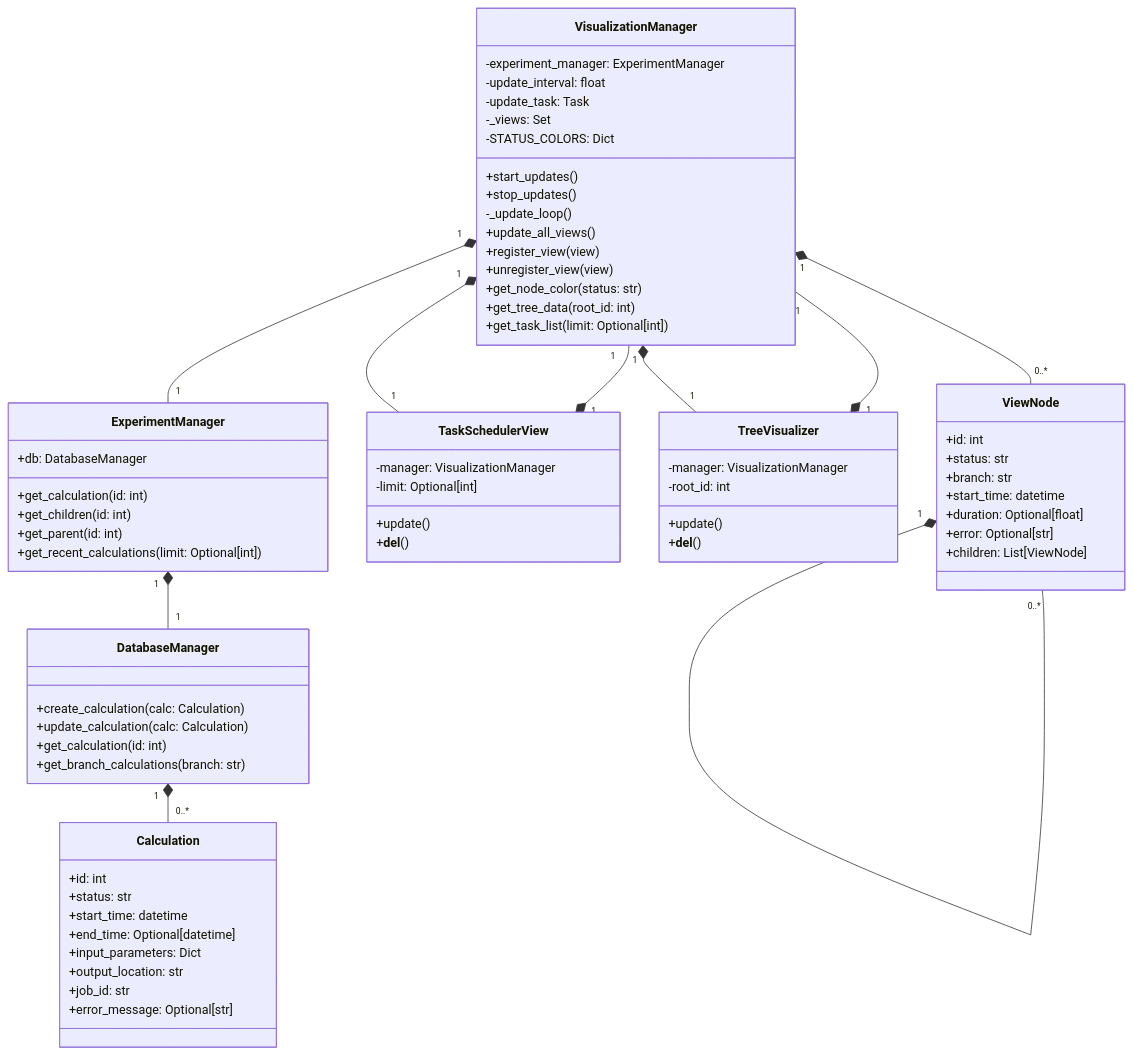
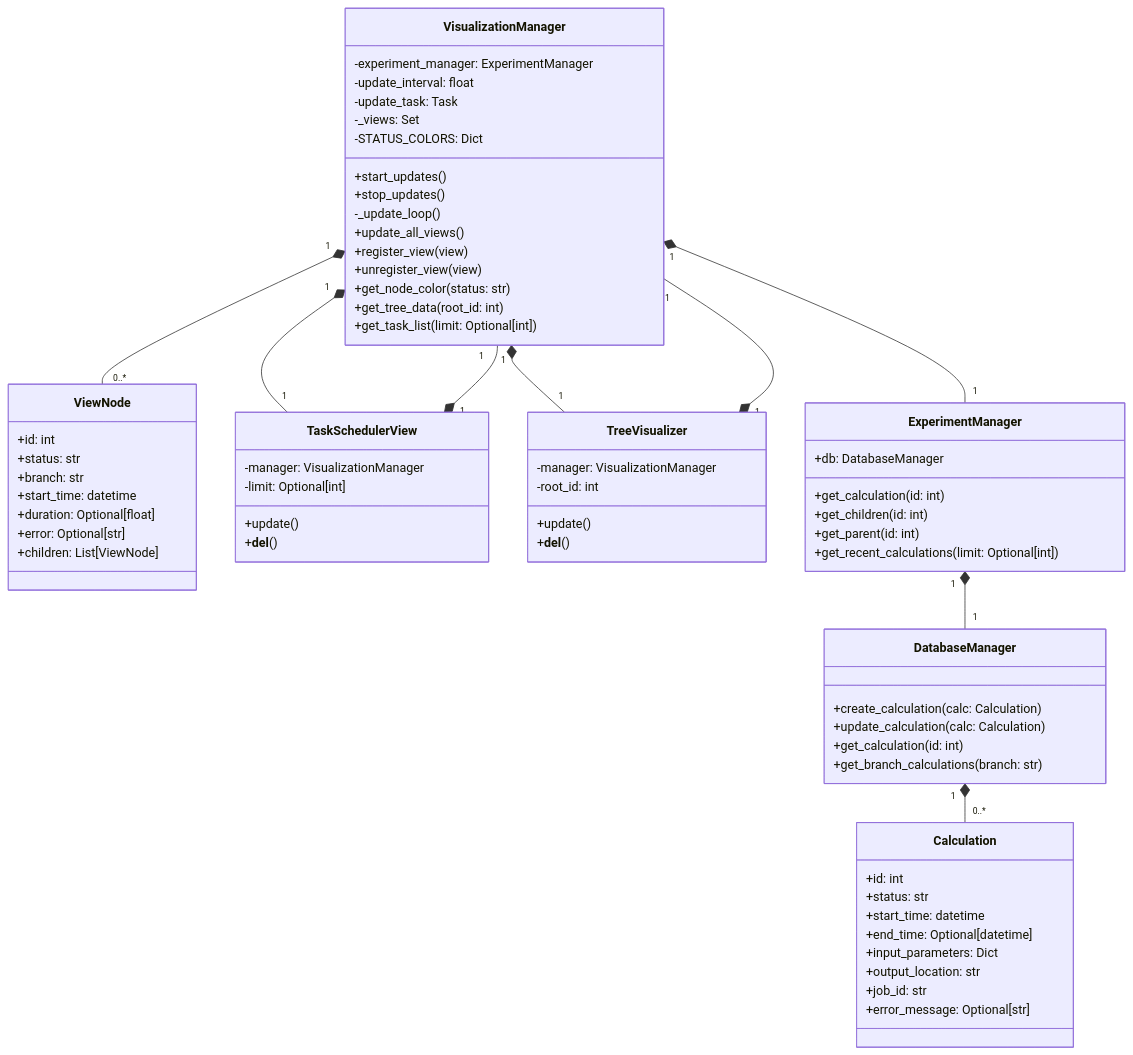
The third of 3 diagrams in .docs/02_development_doc02.md (Shimataka/computational-ops), drawn with Mermaid before and after one commit.

Commit message:
docs: remove redundant ViewNode relationship from class diagram in development documentation

````diff
--- a/.docs/02_development_doc02.md
+++ b/.docs/02_development_doc02.md
@@ -193,79 +193,78 @@
 ```mermaid
 classDiagram
     class VisualizationManager {
         -experiment_manager: ExperimentManager
         -update_interval: float
         -update_task: Task
         -_views: Set
         -STATUS_COLORS: Dict
         +start_updates()
         +stop_updates()
         -_update_loop()
         +update_all_views()
         +register_view(view)
         +unregister_view(view)
         +get_node_color(status: str)
         +get_tree_data(root_id: int)
         +get_task_list(limit: Optional[int])
     }
 
     class ViewNode {
         +id: int
         +status: str
         +branch: str
         +start_time: datetime
         +duration: Optional[float]
         +error: Optional[str]
         +children: List[ViewNode]
     }
 
     class TaskSchedulerView {
         -manager: VisualizationManager
         -limit: Optional[int]
         +update()
         +__del__()
     }
 
     class TreeVisualizer {
         -manager: VisualizationManager
         -root_id: int
         +update()
         +__del__()
     }
 
     class ExperimentManager {
         +db: DatabaseManager
         +get_calculation(id: int)
         +get_children(id: int)
         +get_parent(id: int)
         +get_recent_calculations(limit: Optional[int])
     }
 
     class DatabaseManager {
         +create_calculation(calc: Calculation)
         +update_calculation(calc: Calculation)
         +get_calculation(id: int)
         +get_branch_calculations(branch: str)
     }
 
     class Calculation {
         +id: int
         +status: str
         +start_time: datetime
         +end_time: Optional[datetime]
         +input_parameters: Dict
         +output_location: str
         +job_id: str
         +error_message: Optional[str]
     }
 
     VisualizationManager "1" *-- "1" ExperimentManager
     VisualizationManager "1" *-- "0..*" ViewNode
     VisualizationManager "1" *-- "1" TaskSchedulerView
     VisualizationManager "1" *-- "1" TreeVisualizer
     ExperimentManager "1" *-- "1" DatabaseManager
     DatabaseManager "1" *-- "0..*" Calculation
     TaskSchedulerView "1" *-- "1" VisualizationManager
     TreeVisualizer "1" *-- "1" VisualizationManager
-    ViewNode "1" *-- "0..*" ViewNode
 ```
````
